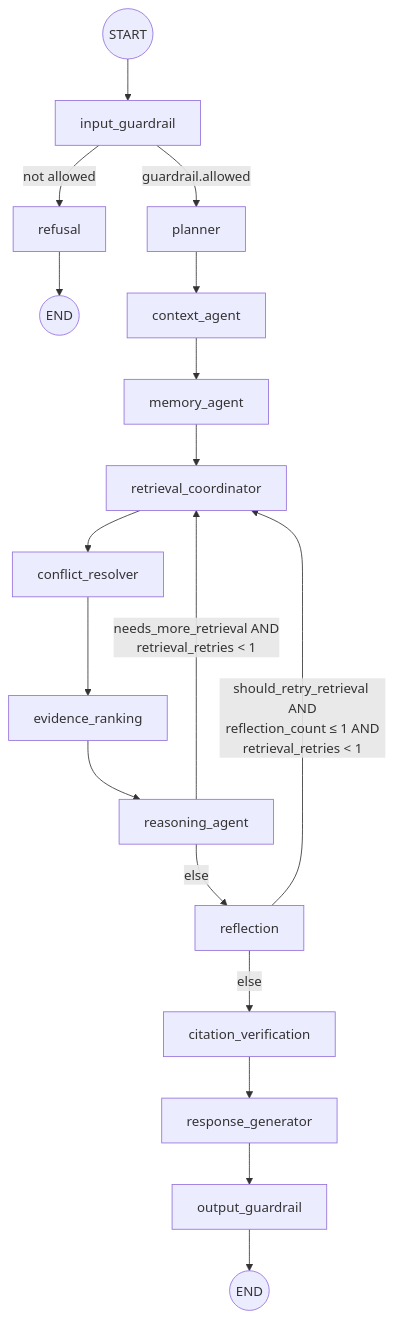
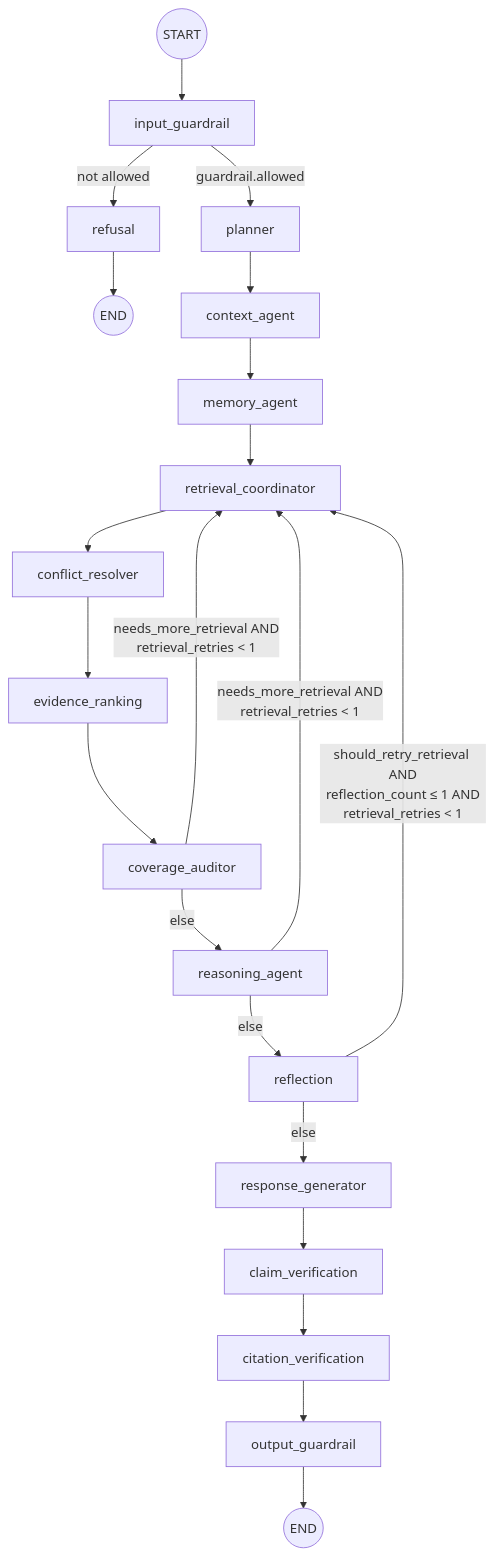
Before and after one commit to sanaaloute/La-loi-dit: the first of 2 diagrams in docs/workflow.md, drawn with Mermaid. The commit also changed other lines of this file and 127 other files, not shown here.

````diff
--- a/docs/workflow.md
+++ b/docs/workflow.md
@@ -15,24 +16,28 @@
 ```mermaid
 flowchart TB
     START((START)) --> ig[input_guardrail]
     ig -->|guardrail.allowed| pl[planner]
     ig -->|not allowed| ref[refusal]
     ref --> END1((END))
 
     pl --> ca[context_agent]
     ca --> ma[memory_agent]
     ma --> rc[retrieval_coordinator]
     rc --> cr[conflict_resolver]
     cr --> er[evidence_ranking]
-    er --> ra[reasoning_agent]
+    er --> cva[coverage_auditor]
+
+    cva -->|"needs_more_retrieval AND<br/>retrieval_retries < 1"| rc
+    cva -->|else| ra[reasoning_agent]
 
     ra -->|"needs_more_retrieval AND<br/>retrieval_retries < 1"| rc
     ra -->|else| rf[reflection]
 
     rf -->|"should_retry_retrieval AND<br/>reflection_count ≤ 1 AND<br/>retrieval_retries < 1"| rc
-    rf -->|else| cv[citation_verification]
+    rf -->|else| rg[response_generator]
 
-    cv --> rg[response_generator]
-    rg --> og[output_guardrail]
+    rg --> clv[claim_verification]
+    clv --> cv[citation_verification]
+    cv --> og[output_guardrail]
     og --> END2((END))
 ```
````
